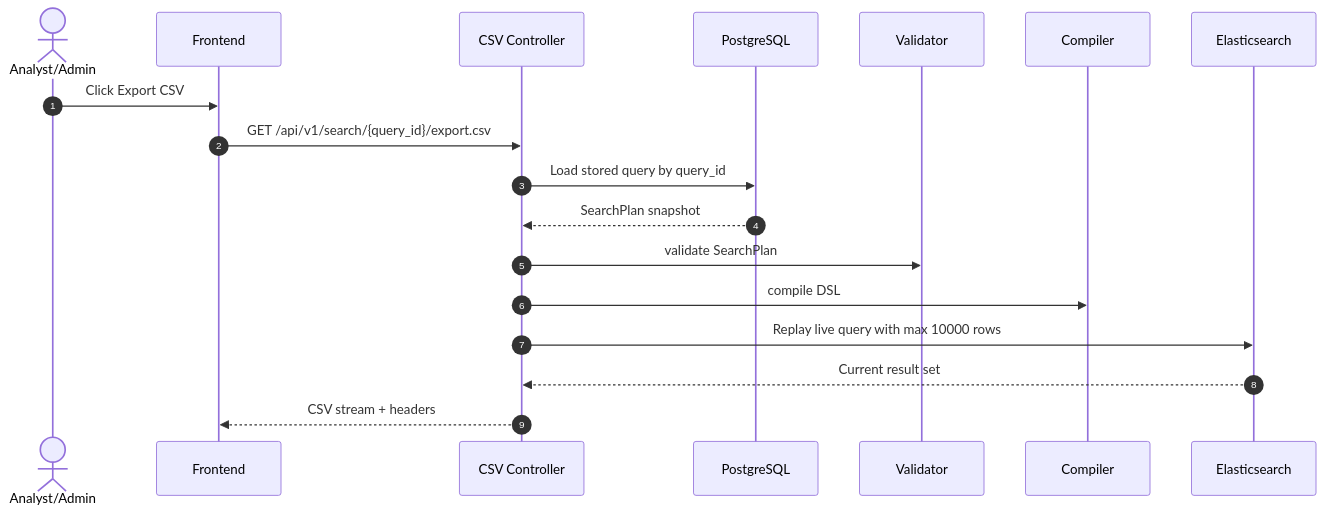
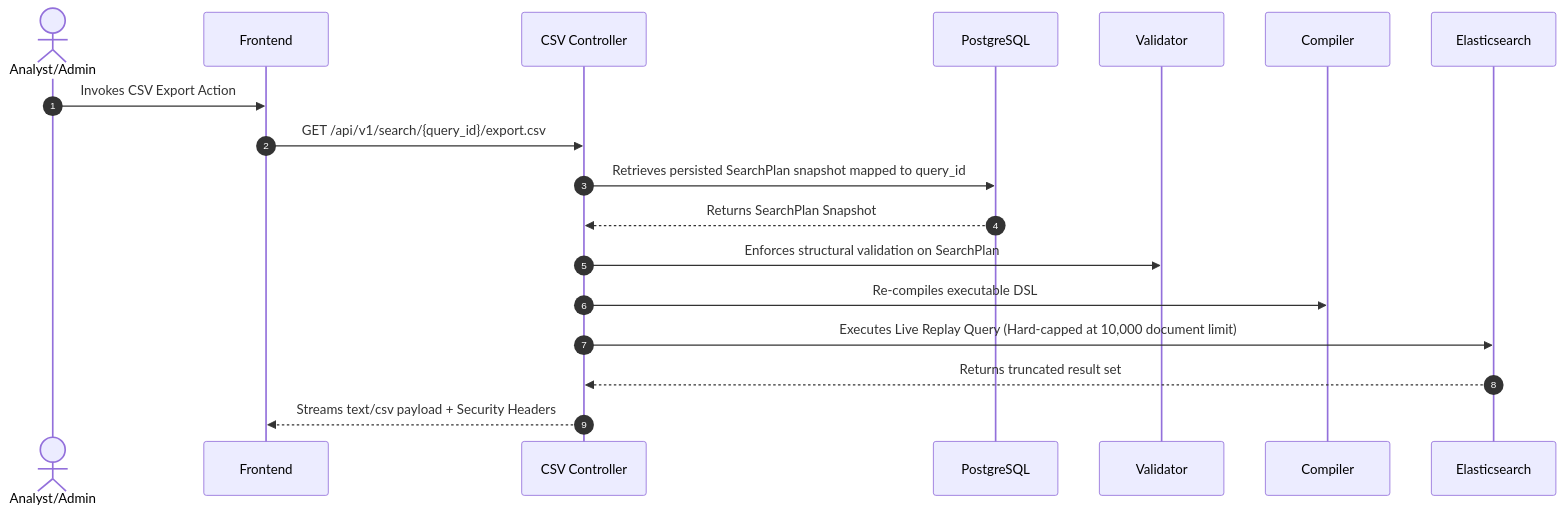
One commit to PhamVanMinhBinhThuan/soc-ai-search changed the ninth of 9 diagrams in docs/sequence-flow.md. Above: the diagram before and after it, drawn with Mermaid. The commit also changed other lines of this file and 7 other files, not shown here.

````diff
--- a/docs/sequence-flow.md
+++ b/docs/sequence-flow.md
@@ -305,21 +329,21 @@
 ```mermaid
 sequenceDiagram
     autonumber
     actor User as Analyst/Admin
     participant FE as Frontend
     participant API as CSV Controller
     participant PG as PostgreSQL
     participant Guard as Validator
     participant Compiler as Compiler
     participant ES as Elasticsearch
 
-    User->>FE: Click Export CSV
+    User->>FE: Invokes CSV Export Action
     FE->>API: GET /api/v1/search/{query_id}/export.csv
-    API->>PG: Load stored query by query_id
-    PG-->>API: SearchPlan snapshot
-    API->>Guard: validate SearchPlan
-    API->>Compiler: compile DSL
-    API->>ES: Replay live query with max 10000 rows
-    ES-->>API: Current result set
-    API-->>FE: CSV stream + headers
+    API->>PG: Retrieves persisted SearchPlan snapshot mapped to query_id
+    PG-->>API: Returns SearchPlan Snapshot
+    API->>Guard: Enforces structural validation on SearchPlan
+    API->>Compiler: Re-compiles executable DSL
+    API->>ES: Executes Live Replay Query (Hard-capped at 10,000 document limit)
+    ES-->>API: Returns truncated result set
+    API-->>FE: Streams text/csv payload + Security Headers
 ```
````
